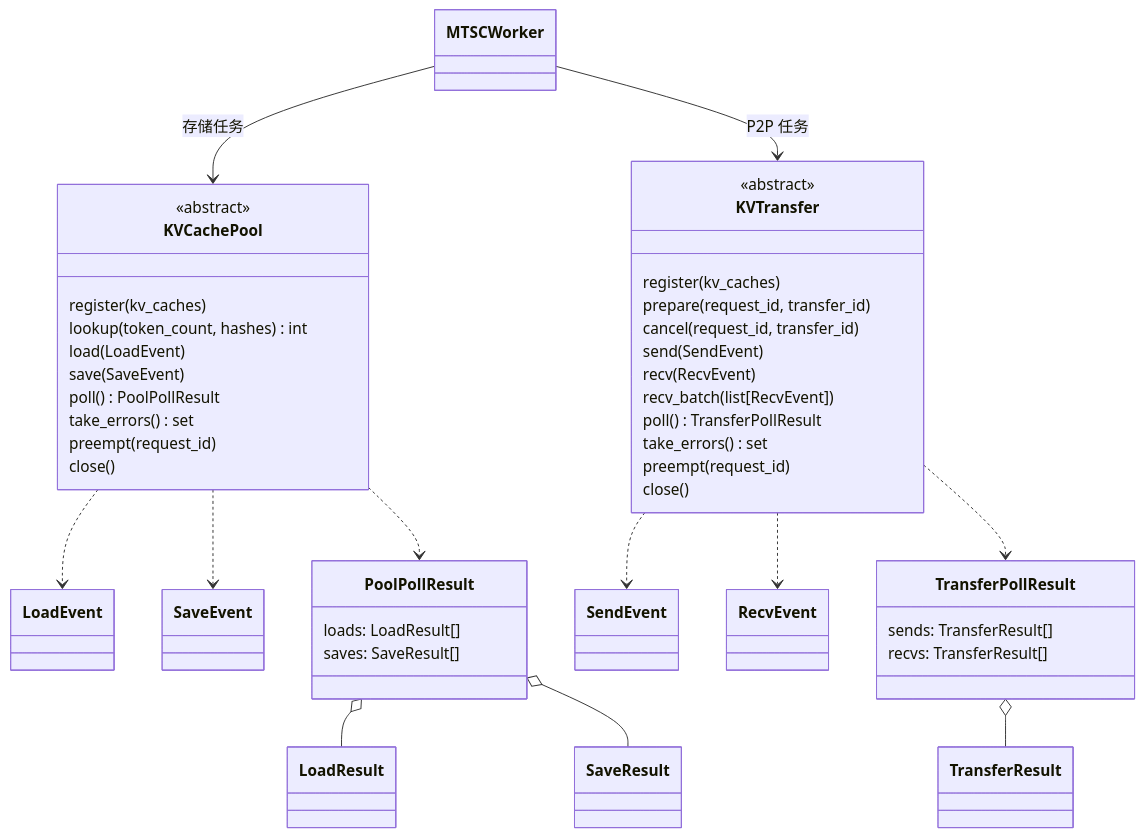
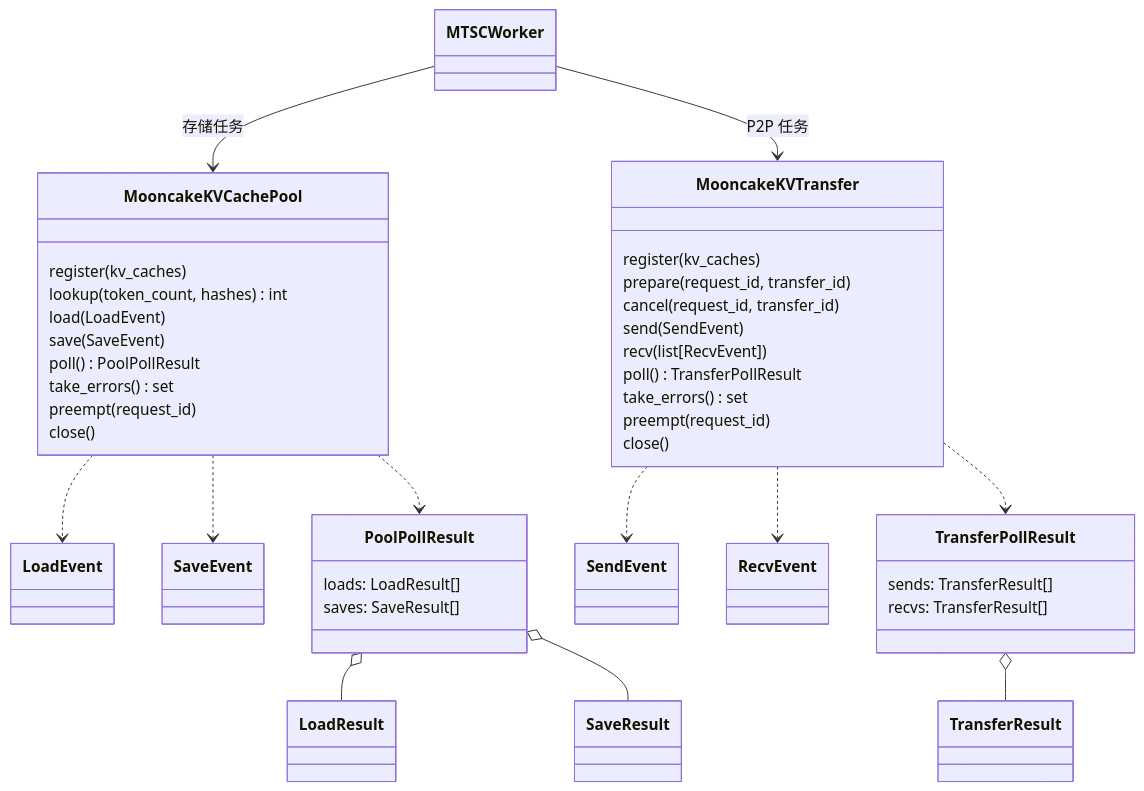
One commit to WangSu-X/MTSC changed the second of 3 diagrams in docs/design/S05-pool&transfe.md. Above: the diagram before and after it, drawn with Mermaid. The commit also changed other lines of this file and 21 other files, not shown here.

````diff
--- a/docs/design/S05-pool&transfe.md
+++ b/docs/design/S05-pool&transfe.md
@@ -73,47 +79,44 @@
 ```mermaid
 classDiagram
     class MTSCWorker
-    class KVCachePool {
-        <<abstract>>
+    class MooncakeKVCachePool {
         register(kv_caches)
         lookup(token_count, hashes) int
         load(LoadEvent)
         save(SaveEvent)
         poll() PoolPollResult
         take_errors() set
         preempt(request_id)
         close()
     }
-    class KVTransfer {
-        <<abstract>>
+    class MooncakeKVTransfer {
         register(kv_caches)
         prepare(request_id, transfer_id)
         cancel(request_id, transfer_id)
         send(SendEvent)
-        recv(RecvEvent)
-        recv_batch(list[RecvEvent])
+        recv(list[RecvEvent])
         poll() TransferPollResult
         take_errors() set
         preempt(request_id)
         close()
     }
     class PoolPollResult {
         loads: LoadResult[]
         saves: SaveResult[]
     }
     class TransferPollResult {
         sends: TransferResult[]
         recvs: TransferResult[]
     }
-    MTSCWorker --> KVCachePool : 存储任务
-    MTSCWorker --> KVTransfer : P2P 任务
-    KVCachePool ..> LoadEvent
-    KVCachePool ..> SaveEvent
-    KVCachePool ..> PoolPollResult
+    MTSCWorker --> MooncakeKVCachePool : 存储任务
+    MTSCWorker --> MooncakeKVTransfer : P2P 任务
+    MooncakeKVCachePool ..> LoadEvent
+    MooncakeKVCachePool ..> SaveEvent
+    MooncakeKVCachePool ..> PoolPollResult
     PoolPollResult o-- LoadResult
     PoolPollResult o-- SaveResult
-    KVTransfer ..> SendEvent
-    KVTransfer ..> RecvEvent
-    KVTransfer ..> TransferPollResult
+    MooncakeKVTransfer ..> SendEvent
+    MooncakeKVTransfer ..> RecvEvent
+    MooncakeKVTransfer ..> TransferPollResult
     TransferPollResult o-- TransferResult
 ```
````
